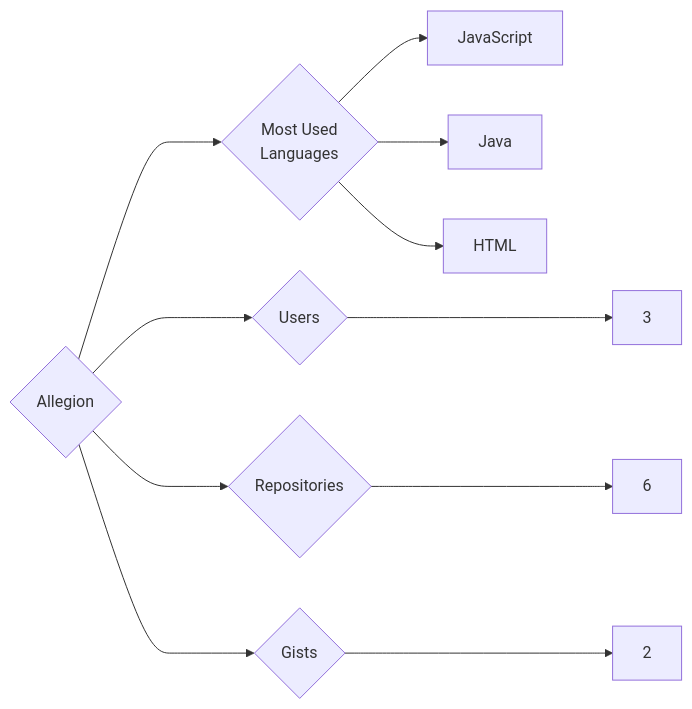
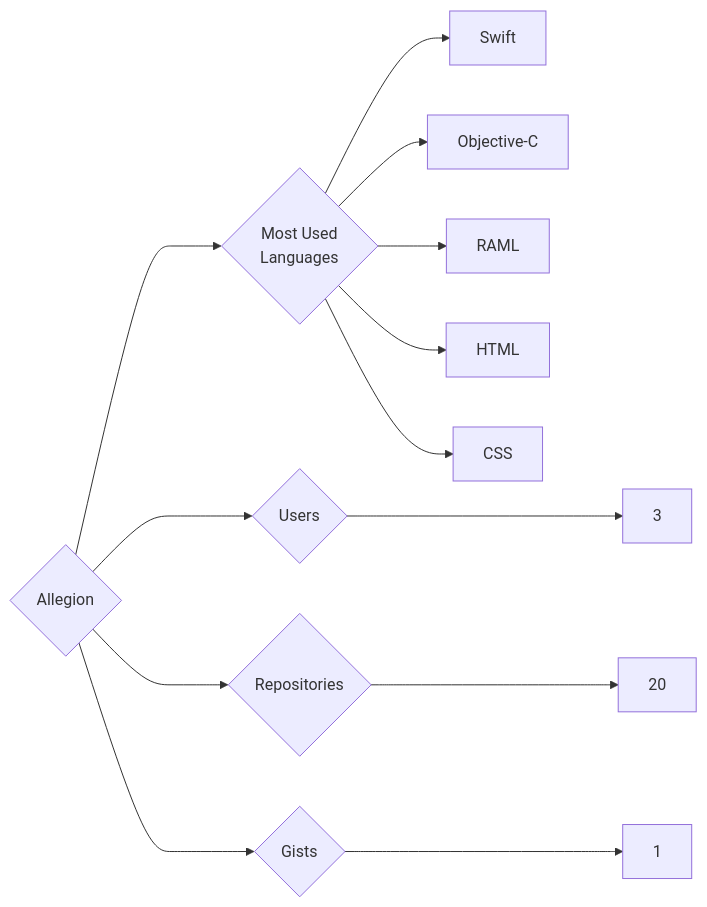
One commit to trickest/insiders changed the diagram in targets/Allegion/README.md. Above: the diagram before and after it, drawn with Mermaid. The commit also changed 1148 other files, not shown here.

````diff
--- a/targets/Allegion/README.md
+++ b/targets/Allegion/README.md
@@ -3,11 +3,13 @@
 ```mermaid
 graph LR
 COMPANY_NAME{Allegion}
 COMPANY_NAME ---> U{Users} ---> UN[3]
-COMPANY_NAME ---> R{Repositories} ---> RN[6]
-COMPANY_NAME ---> G{Gists} ---> GN[2]
+COMPANY_NAME ---> R{Repositories} ---> RN[20]
+COMPANY_NAME ---> G{Gists} ---> GN[1]
 COMPANY_NAME ---> ML{Most Used<br>Languages}
-ML --> JavaScript[JavaScript]
-ML --> Java[Java]
+ML --> Swift[Swift]
+ML --> Objective-C[Objective-C]
+ML --> RAML[RAML]
 ML --> HTML[HTML]
+ML --> CSS[CSS]
 ```
````
